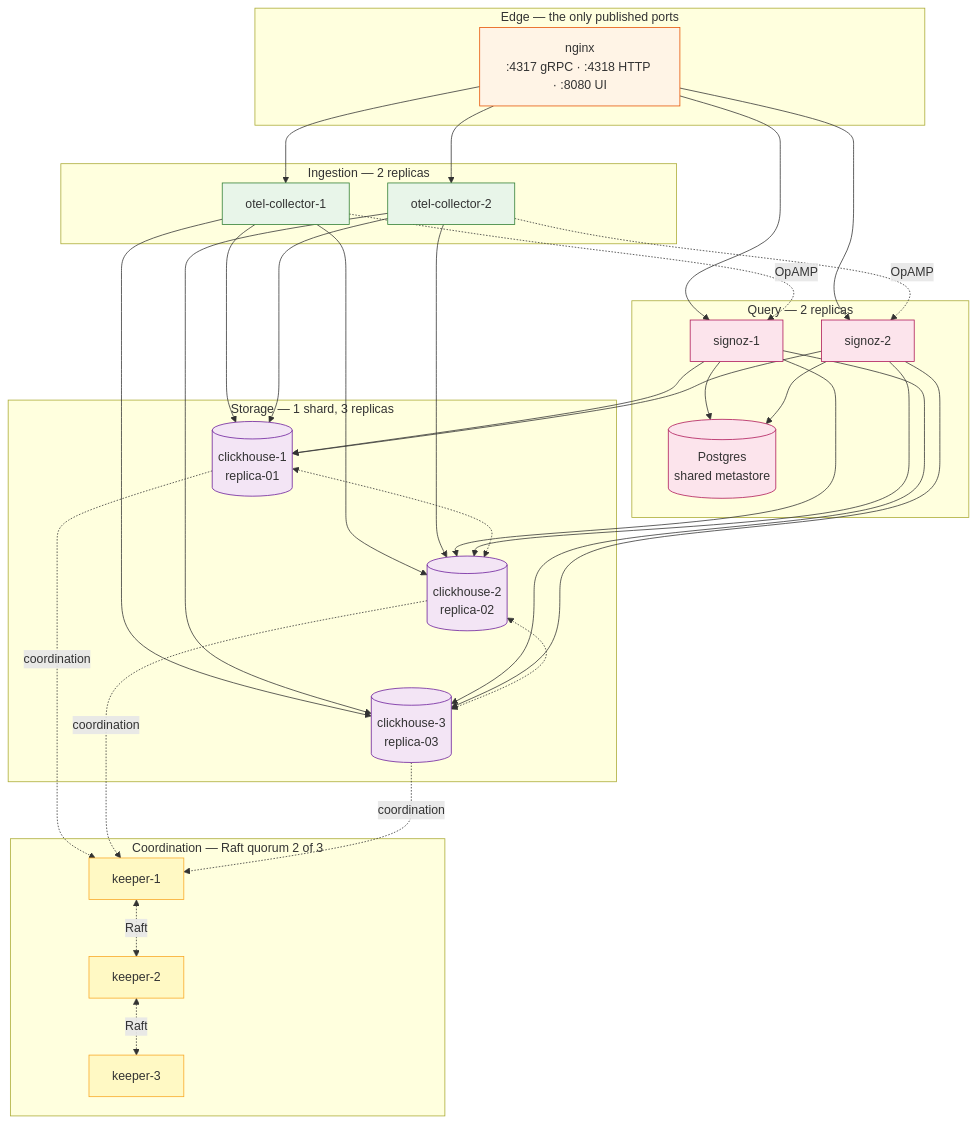
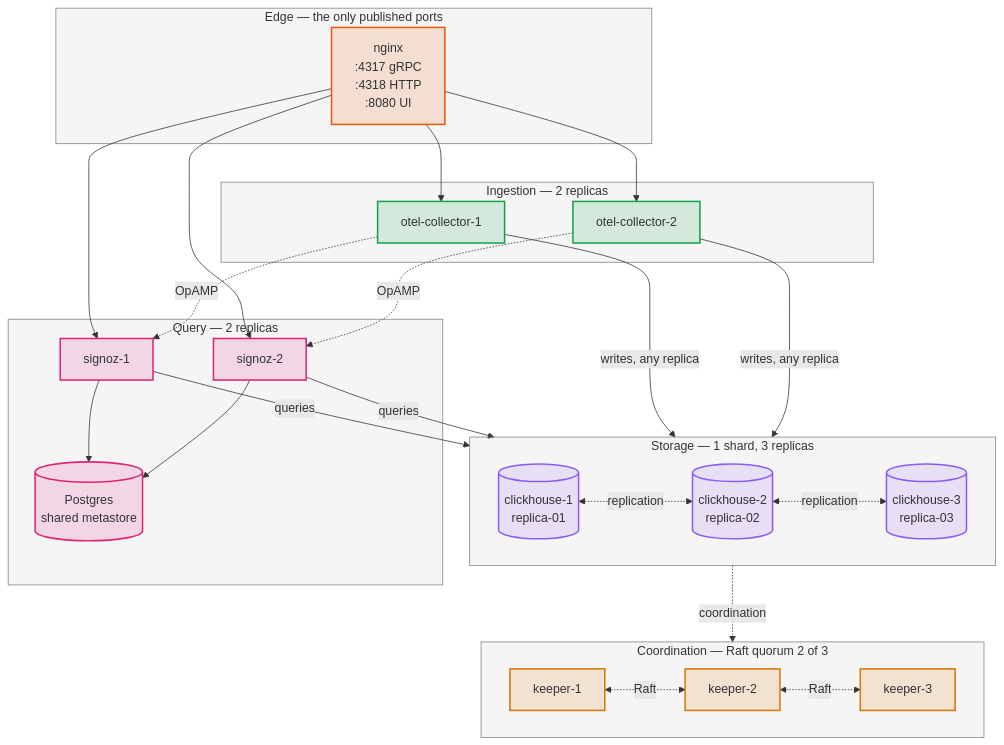
Before and after one commit to thaithienvanid/signoz-clickhouse-keeper: the diagram in docs/ha.md, drawn with Mermaid. The commit also changed 1 other file, not shown here.

````diff
--- a/docs/ha.md
+++ b/docs/ha.md
@@ -17,53 +17,59 @@
 ```mermaid
 graph TB
     subgraph edge["Edge — the only published ports"]
-        LB["nginx<br/>:4317 gRPC · :4318 HTTP · :8080 UI"]
+        LB["nginx<br/>:4317 gRPC<br/>:4318 HTTP<br/>:8080 UI"]
     end
 
     subgraph ingest["Ingestion — 2 replicas"]
         C1["otel-collector-1"]
         C2["otel-collector-2"]
     end
 
     subgraph api["Query — 2 replicas"]
         S1["signoz-1"]
         S2["signoz-2"]
         PG[("Postgres<br/>shared metastore")]
     end
 
     subgraph data["Storage — 1 shard, 3 replicas"]
+        direction LR
         D1[("clickhouse-1<br/>replica-01")]
         D2[("clickhouse-2<br/>replica-02")]
         D3[("clickhouse-3<br/>replica-03")]
     end
 
     subgraph coord["Coordination — Raft quorum 2 of 3"]
+        direction LR
         K1["keeper-1"]
         K2["keeper-2"]
         K3["keeper-3"]
     end
 
     LB --> C1 & C2
     LB --> S1 & S2
     C1 -.OpAMP.-> S1
     C2 -.OpAMP.-> S2
     S1 & S2 --> PG
-    C1 & C2 --> D1 & D2 & D3
-    S1 & S2 --> D1 & D2 & D3
-    D1 <-.-> D2 <-.-> D3
-    D1 & D2 & D3 -.coordination.-> K1
+    C1 & C2 -->|writes, any replica| data
+    S1 & S2 -->|queries| data
+    D1 <-.replication.-> D2 <-.replication.-> D3
+    data -.coordination.-> coord
     K1 <-.Raft.-> K2 <-.Raft.-> K3
 
-    style LB fill:#fff4e6,stroke:#e65100
-    style C1 fill:#e8f5e9,stroke:#2e7d32
-    style C2 fill:#e8f5e9,stroke:#2e7d32
-    style S1 fill:#fce4ec,stroke:#ad1457
-    style S2 fill:#fce4ec,stroke:#ad1457
-    style PG fill:#fce4ec,stroke:#ad1457
-    style D1 fill:#f3e5f5,stroke:#6a1b9a
-    style D2 fill:#f3e5f5,stroke:#6a1b9a
-    style D3 fill:#f3e5f5,stroke:#6a1b9a
-    style K1 fill:#fff9c4,stroke:#f9a825
-    style K2 fill:#fff9c4,stroke:#f9a825
-    style K3 fill:#fff9c4,stroke:#f9a825
+    classDef lb fill:#ea580c26,stroke:#ea580c,stroke-width:2px
+    classDef ingest fill:#16a34a26,stroke:#16a34a,stroke-width:2px
+    classDef query fill:#db277726,stroke:#db2777,stroke-width:2px
+    classDef storage fill:#8b5cf626,stroke:#8b5cf6,stroke-width:2px
+    classDef coord fill:#d9770626,stroke:#d97706,stroke-width:2px
+
+    class LB lb
+    class C1,C2 ingest
+    class S1,S2,PG query
+    class D1,D2,D3 storage
+    class K1,K2,K3 coord
+    style edge fill:#80808014,stroke:#808080
+    style ingest fill:#80808014,stroke:#808080
+    style api fill:#80808014,stroke:#808080
+    style data fill:#80808014,stroke:#808080
+    style coord fill:#80808014,stroke:#808080
 ```
````
